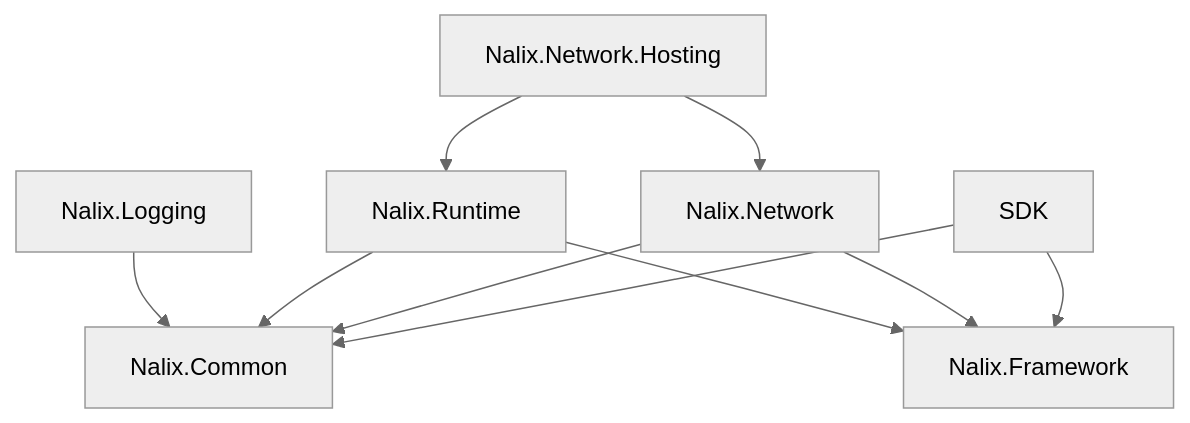
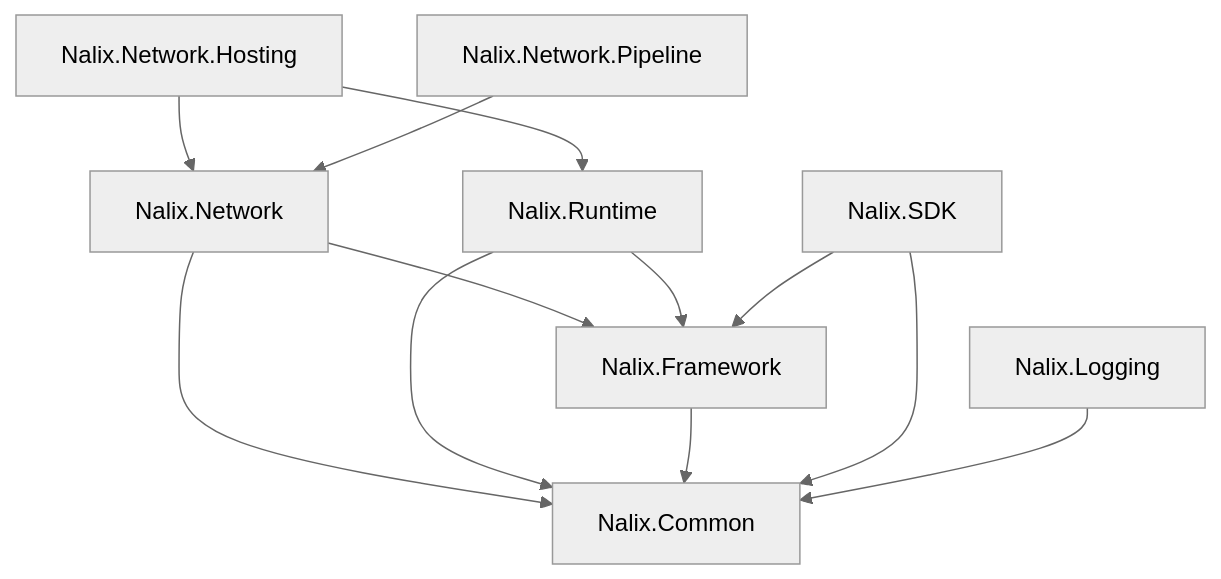
One commit to ppn-systems/Nalix changed the diagram in docs/packages/index.md. Above: the diagram before and after it, drawn with Mermaid (neutral theme). The commit also changed other lines of this file and 75 other files, not shown here.

````diff
--- a/docs/packages/index.md
+++ b/docs/packages/index.md
@@ -29,16 +25,20 @@
 ```mermaid
 flowchart TD
-    SDK --> Common["Nalix.Common"]
-    SDK --> Framework["Nalix.Framework"]
-
     Hosting["Nalix.Network.Hosting"] --> Network["Nalix.Network"]
     Hosting --> Runtime["Nalix.Runtime"]
-    
-    Network --> Common
-    Network --> Framework
-    
+
+    Network --> Framework["Nalix.Framework"]
+    Network --> Common["Nalix.Common"]
+
+    Runtime --> Framework
     Runtime --> Common
-    Runtime --> Framework
+
+    Framework --> Common
+
+    SDK["Nalix.SDK"] --> Framework
+    SDK --> Common
+
+    Pipeline["Nalix.Network.Pipeline"] --> Network
 
     Logging["Nalix.Logging"] --> Common
 ```
````
